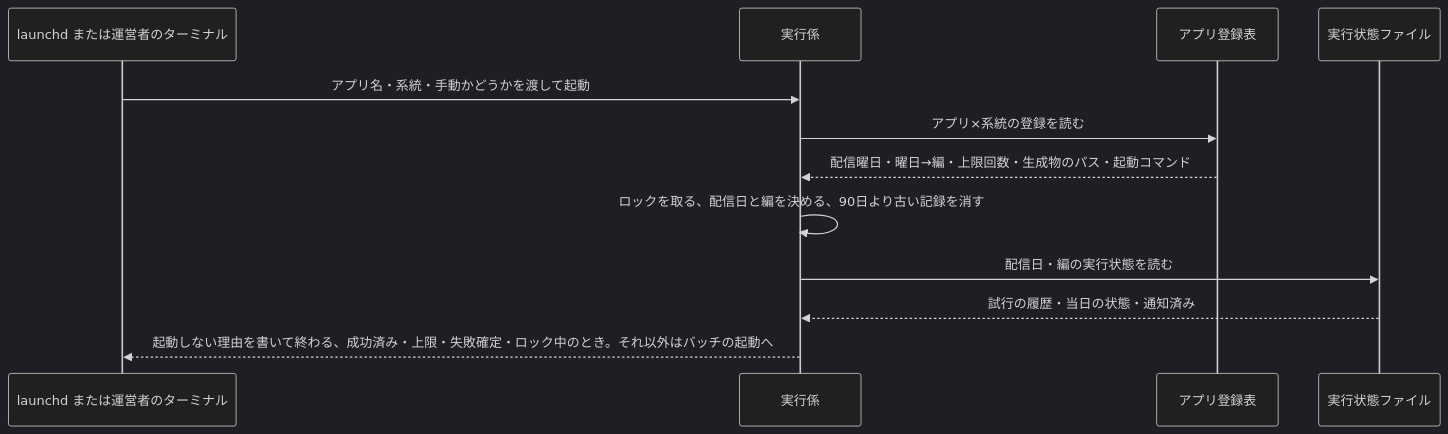
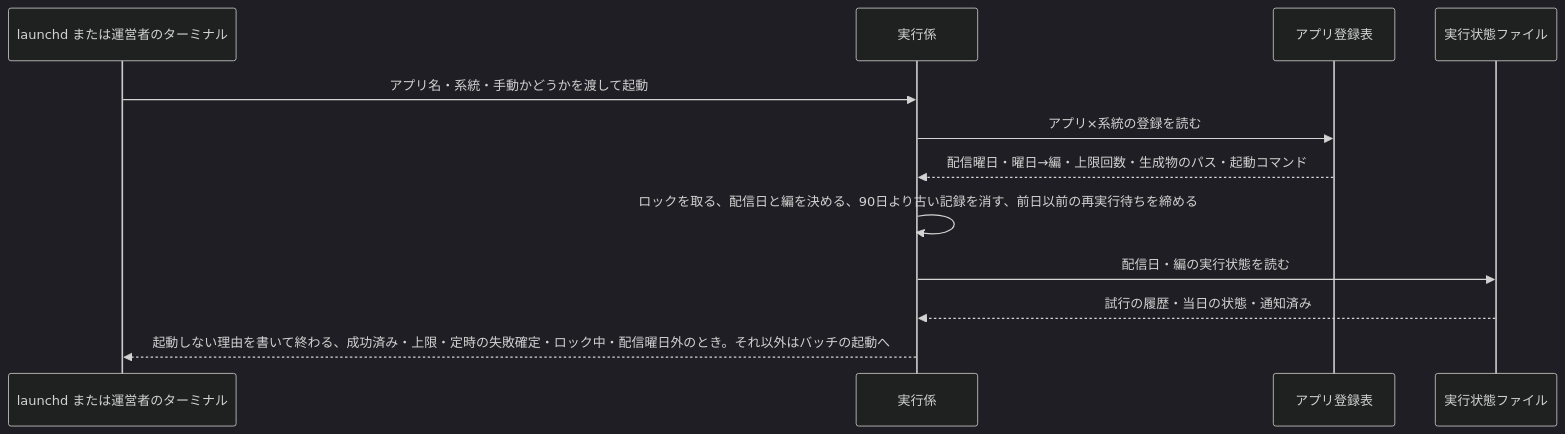
Before and after one commit to dnode-ryosuke-yamazaki/study: the first of 6 diagrams in apps/digest-platform/specs/batch-runner/design.md, drawn with Mermaid (dark theme). The commit also changed other lines of this file and 7 other files, not shown here.

````diff
--- a/apps/digest-platform/specs/batch-runner/design.md
+++ b/apps/digest-platform/specs/batch-runner/design.md
@@ -50,14 +56,14 @@
 ```mermaid
 sequenceDiagram
     participant L as launchd または運営者のターミナル
     participant R as 実行係
     participant A as アプリ登録表
     participant S as 実行状態ファイル
     L->>R: アプリ名・系統・手動かどうかを渡して起動
     R->>A: アプリ×系統の登録を読む
     A-->>R: 配信曜日・曜日→編・上限回数・生成物のパス・起動コマンド
-    R->>R: ロックを取る、配信日と編を決める、90日より古い記録を消す
+    R->>R: ロックを取る、配信日と編を決める、90日より古い記録を消す、前日以前の再実行待ちを締める
     R->>S: 配信日・編の実行状態を読む
     S-->>R: 試行の履歴・当日の状態・通知済み
-    R-->>L: 起動しない理由を書いて終わる、成功済み・上限・失敗確定・ロック中のとき。それ以外はバッチの起動へ
+    R-->>L: 起動しない理由を書いて終わる、成功済み・上限・定時の失敗確定・ロック中・配信曜日外のとき。それ以外はバッチの起動へ
 ```
````
